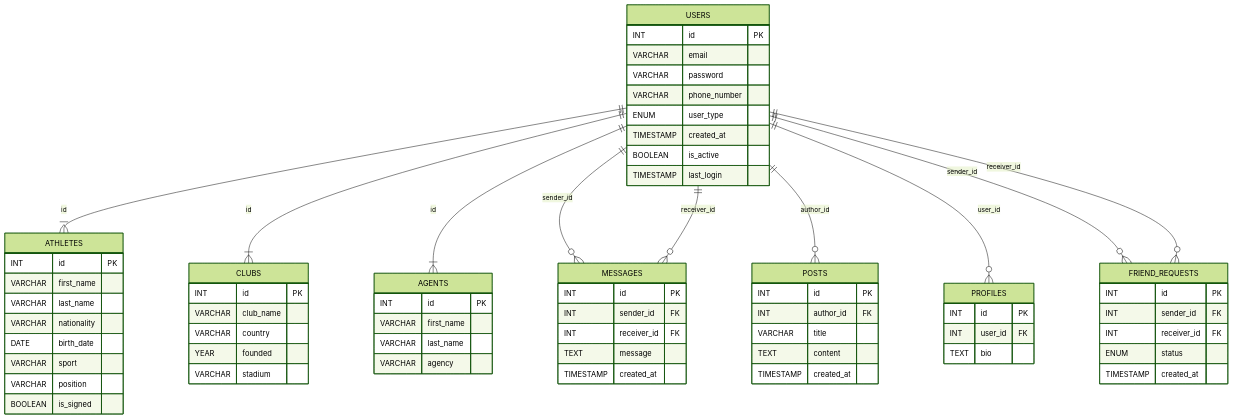
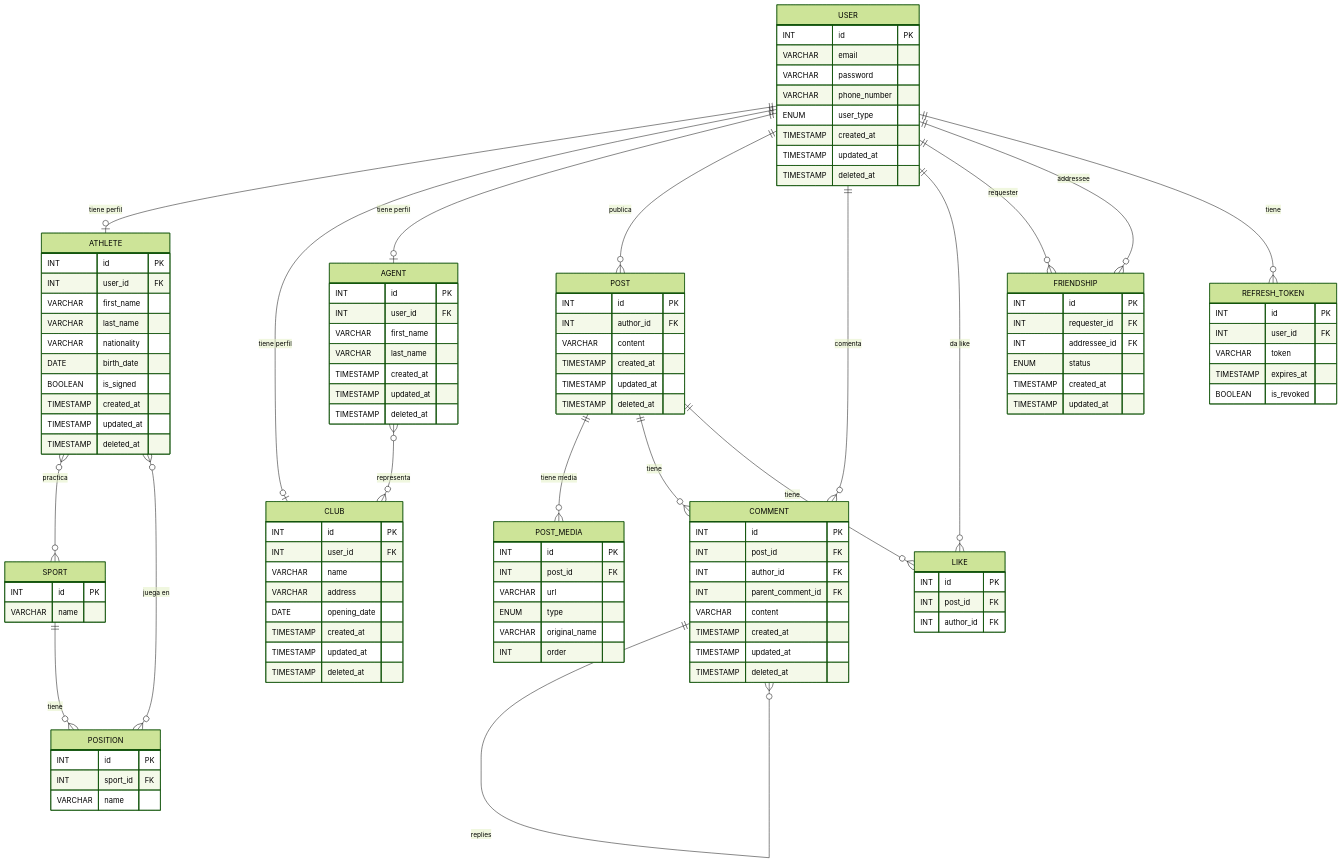
Before and after one commit to utnfrrodsw/tp: the diagram in proposal.md, drawn with Mermaid (forest theme). The commit also changed other lines of this file, not shown here.

Commit message:
Update proposal with new database schema and links

````diff
--- a/proposal.md
+++ b/proposal.md
@@ -19,79 +19,117 @@
 ```mermaid
 erDiagram
- USERS {
+   USER {
         INT id PK
         VARCHAR email
         VARCHAR password
         VARCHAR phone_number
         ENUM user_type
         TIMESTAMP created_at
-        BOOLEAN is_active
-        TIMESTAMP last_login
+        TIMESTAMP updated_at
+        TIMESTAMP deleted_at
     }
-
-    ATHLETES {
+    ATHLETE {
         INT id PK
+        INT user_id FK
         VARCHAR first_name
         VARCHAR last_name
         VARCHAR nationality
         DATE birth_date
-        VARCHAR sport
-        VARCHAR position
         BOOLEAN is_signed
+        TIMESTAMP created_at
+        TIMESTAMP updated_at
+        TIMESTAMP deleted_at
+    }
+    CLUB {
+        INT id PK
+        INT user_id FK
+        VARCHAR name
+        VARCHAR address
+        DATE opening_date
+        TIMESTAMP created_at
+        TIMESTAMP updated_at
+        TIMESTAMP deleted_at
+    }
+    AGENT {
+        INT id PK
+        INT user_id FK
+        VARCHAR first_name
+        VARCHAR last_name
+        TIMESTAMP created_at
+        TIMESTAMP updated_at
+        TIMESTAMP deleted_at
+    }
+    SPORT {
+        INT id PK
+        VARCHAR name
+    }
+    POSITION {
+        INT id PK
+        INT sport_id FK
+        VARCHAR name
+    }
+    POST {
+        INT id PK
+        INT author_id FK
+        VARCHAR content
+        TIMESTAMP created_at
+        TIMESTAMP updated_at
+        TIMESTAMP deleted_at
+    }
+    POST_MEDIA {
+        INT id PK
+        INT post_id FK
+        VARCHAR url
+        ENUM type
+        VARCHAR original_name
+        INT order
+    }
+    COMMENT {
+        INT id PK
+        INT post_id FK
+        INT author_id FK
+        INT parent_comment_id FK
+        VARCHAR content
+        TIMESTAMP created_at
+        TIMESTAMP updated_at
+        TIMESTAMP deleted_at
+    }
+    LIKE {
+        INT id PK
+        INT post_id FK
+        INT author_id FK
+    }
+    FRIENDSHIP {
+        INT id PK
+        INT requester_id FK
+        INT addressee_id FK
+        ENUM status
+        TIMESTAMP created_at
+        TIMESTAMP updated_at
+    }
+    REFRESH_TOKEN {
+        INT id PK
+        INT user_id FK
+        VARCHAR token
+        TIMESTAMP expires_at
+        BOOLEAN is_revoked
     }
 
-    CLUBS {
-        INT id PK
-        VARCHAR club_name
-        VARCHAR country
-        YEAR founded
-        VARCHAR stadium
-    }
-
-    AGENTS {
-        INT id PK
-        VARCHAR first_name
-        VARCHAR last_name
-        VARCHAR agency
-    }
-
-    MESSAGES {
-        INT id PK
-        INT sender_id FK
-        INT receiver_id FK
-        TEXT message
-        TIMESTAMP created_at
-    }
-
-    POSTS {
-        INT id PK
-        INT author_id FK
-        VARCHAR title
-        TEXT content
-        TIMESTAMP created_at
-    }
-
-    PROFILES {
-        INT id PK
-        INT user_id FK
-        TEXT bio
-    }
-
-    FRIEND_REQUESTS {
-        INT id PK
-        INT sender_id FK
-        INT receiver_id FK
-        ENUM status
-        TIMESTAMP created_at
-    }
-
-    USERS ||--|{ ATHLETES: id
-    USERS ||--|{ CLUBS: id
-    USERS ||--|{ AGENTS: id
-    USERS ||--o{ MESSAGES: sender_id
-    USERS ||--o{ MESSAGES: receiver_id
-    USERS ||--o{ POSTS: author_id
-    USERS ||--o{ PROFILES: user_id
-    USERS ||--o{ FRIEND_REQUESTS: sender_id
-    USERS ||--o{ FRIEND_REQUESTS: receiver_id
+    USER ||--o| ATHLETE : "tiene perfil"
+    USER ||--o| CLUB : "tiene perfil"
+    USER ||--o| AGENT : "tiene perfil"
+    USER ||--o{ POST : "publica"
+    USER ||--o{ COMMENT : "comenta"
+    USER ||--o{ LIKE : "da like"
+    USER ||--o{ FRIENDSHIP : "requester"
+    USER ||--o{ FRIENDSHIP : "addressee"
+    USER ||--o{ REFRESH_TOKEN : "tiene"
+    POST ||--o{ POST_MEDIA : "tiene media"
+    POST ||--o{ COMMENT : "tiene"
+    POST ||--o{ LIKE : "tiene"
+    COMMENT ||--o{ COMMENT : "replies"
+    SPORT ||--o{ POSITION : "tiene"
+    ATHLETE }o--o{ SPORT : "practica"
+    ATHLETE }o--o{ POSITION : "juega en"
+    AGENT }o--o{ CLUB : "representa"
 ```
````
